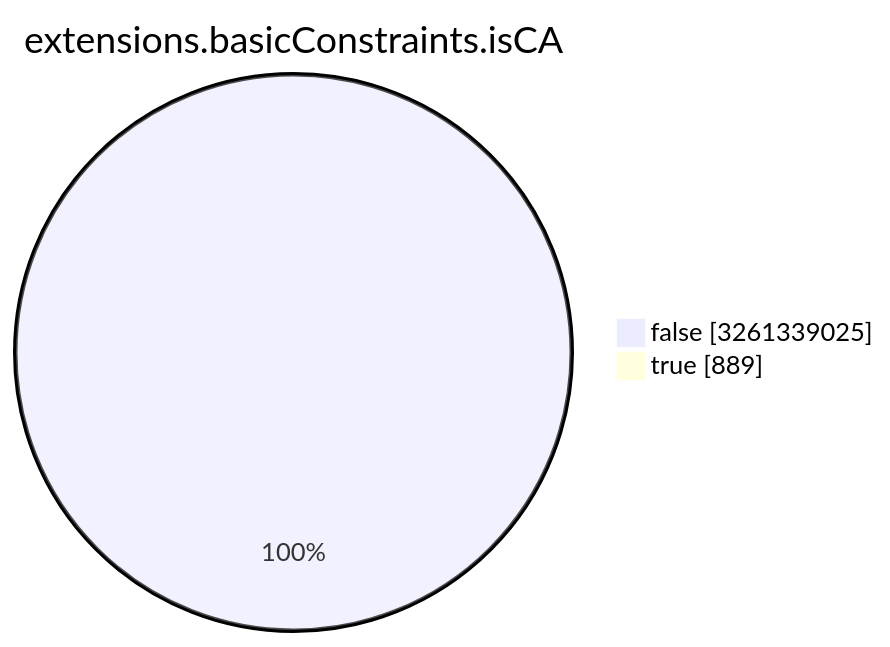
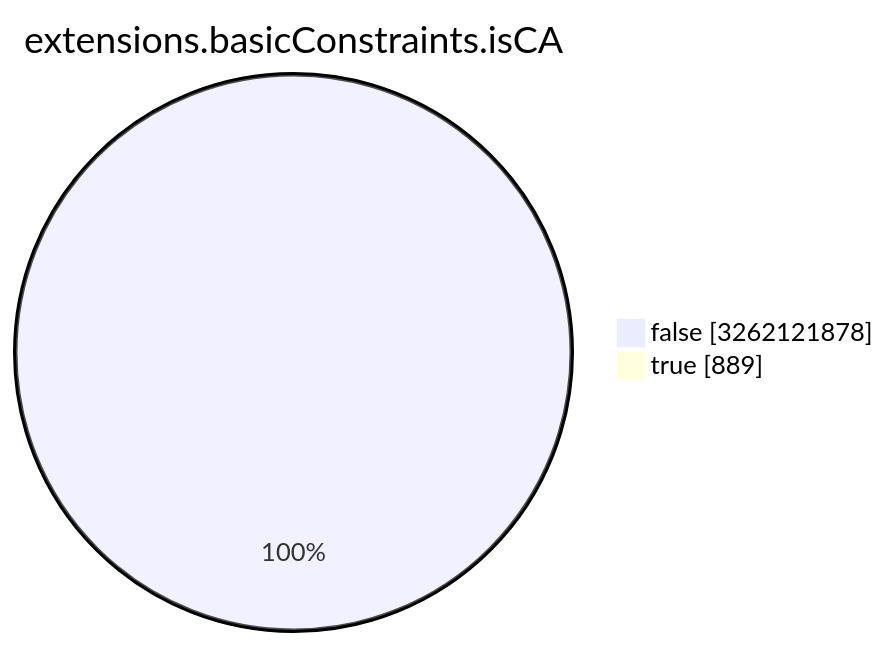
The seventh of 15 diagrams in TOTAL/README.md (christiankrug/ctmonitor_visualization), drawn with Mermaid before and after one commit. The commit also changed other lines of this file, not shown here.

````diff
--- a/TOTAL/README.md
+++ b/TOTAL/README.md
@@ -3088,6 +3089,6 @@
 ```mermaid
 pie showData
 title extensions.basicConstraints.isCA
-"false" :3261339025
+"false" :3262121878
 "true" :889
 ```
````
